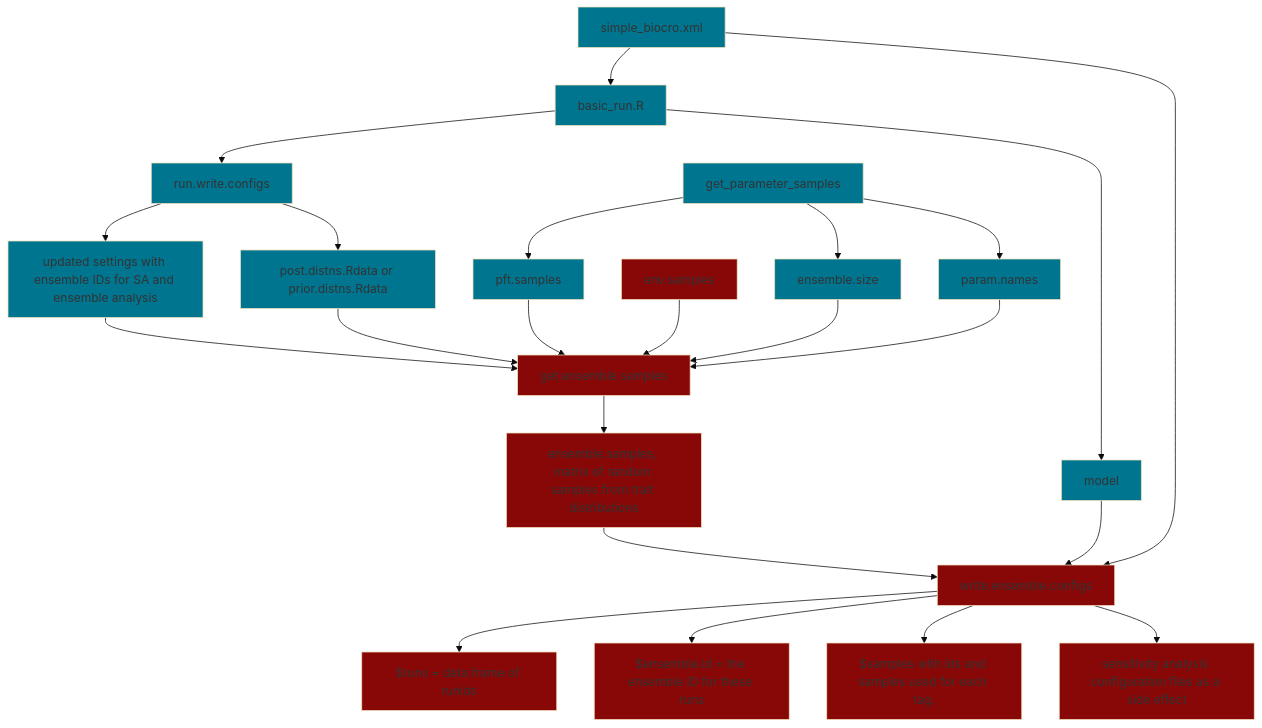
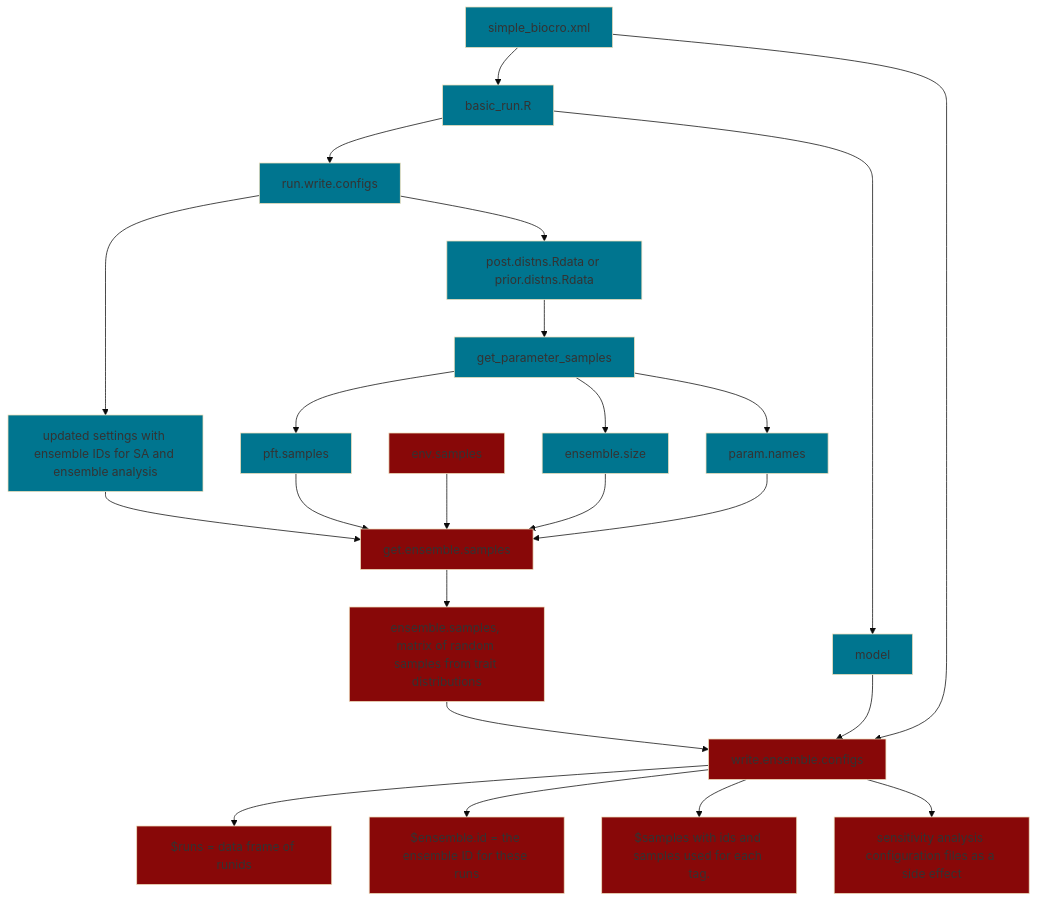
One commit to ecamo19/gsoc_project_2022_vm changed the diagram in README.md. Above: the diagram before and after it, drawn with Mermaid (base theme).

````diff
--- a/README.md
+++ b/README.md
@@ -47,62 +47,62 @@
 ```mermaid
   graph TD;
       
       simple_biocro.xml-->basic_run.R;
       
       basic_run.R-->run.write.configs;
       basic_run.R-->model;
       
       
       run.write.configs-->output_1[updated settings with ensemble IDs for SA and ensemble analysis ];
       run.write.configs-->posterior.files[post.distns.Rdata or prior.distns.Rdata];
       output_1[updated settings with ensemble IDs for SA and ensemble analysis]-->get.ensemble.samples;
       
-      posterior.files[post.distns.Rdata or prior.distns.Rdata]-->get.ensemble.samples;
+      posterior.files[post.distns.Rdata or prior.distns.Rdata]-->get_parameter_samples;
       
       input_get_ensemble_1[pft.samples]-->get.ensemble.samples;
       input_get_ensemble_2[env.samples]-->get.ensemble.samples;
       input_get_ensemble_3[ensemble.size]-->get.ensemble.samples;
       input_get_ensemble_4[param.names]-->get.ensemble.samples;
       
       get_parameter_samples-->input_get_ensemble_1[pft.samples];  
       get_parameter_samples-->input_get_ensemble_3[ensemble.size];
       get_parameter_samples-->input_get_ensemble_4[param.names];
       
       get.ensemble.samples-->output_get_ensemble[ensemble.samples, matrix of random samples from trait distributions];
       
       output_get_ensemble[ensemble.samples, matrix of random samples from trait distributions]-->write.ensemble.configs;
       model-->write.ensemble.configs;
       simple_biocro.xml-->write.ensemble.configs;
       
       write.ensemble.configs-->output_write_ensemble_1[$runs = data frame of runids];
       write.ensemble.configs-->output_write_ensemble_2[$ensemble.id = the ensemble ID for these runs];
       write.ensemble.configs-->output_write_ensemble_3[$samples with ids and samples used for each tag.];
       write.ensemble.configs-->output_write_ensemble_4[sensitivity analysis configuration files as a side effect];
       
       %% Blue color boxes
       
       style get_parameter_samples fill:#00758f
       style basic_run.R fill:#00758f
       style output_1 fill:#00758f
       style run.write.configs fill:#00758f
       style simple_biocro.xml fill:#00758f
       style posterior.files fill:#00758f
       style input_get_ensemble_1 fill:#00758f
       
       style input_get_ensemble_3 fill:#00758f
       style input_get_ensemble_4 fill:#00758f
       style model fill:#00758f 
       
       %% Red color boxes  
       
       style input_get_ensemble_2 fill:#880808
       style get.ensemble.samples fill:#880808
       style output_get_ensemble  fill:#880808 
       
       style write.ensemble.configs fill:#880808
       style output_write_ensemble_1 fill:#880808
       style output_write_ensemble_2 fill:#880808
       style output_write_ensemble_3 fill:#880808
       style output_write_ensemble_4 fill:#880808
       
 ```
````
